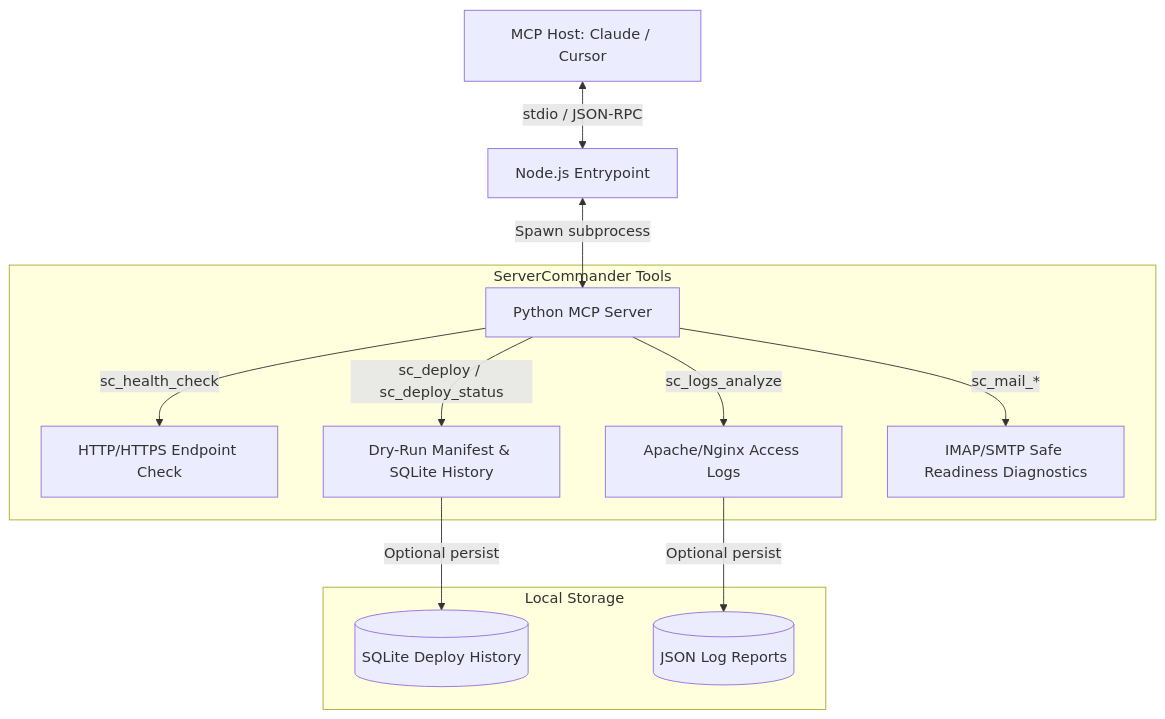
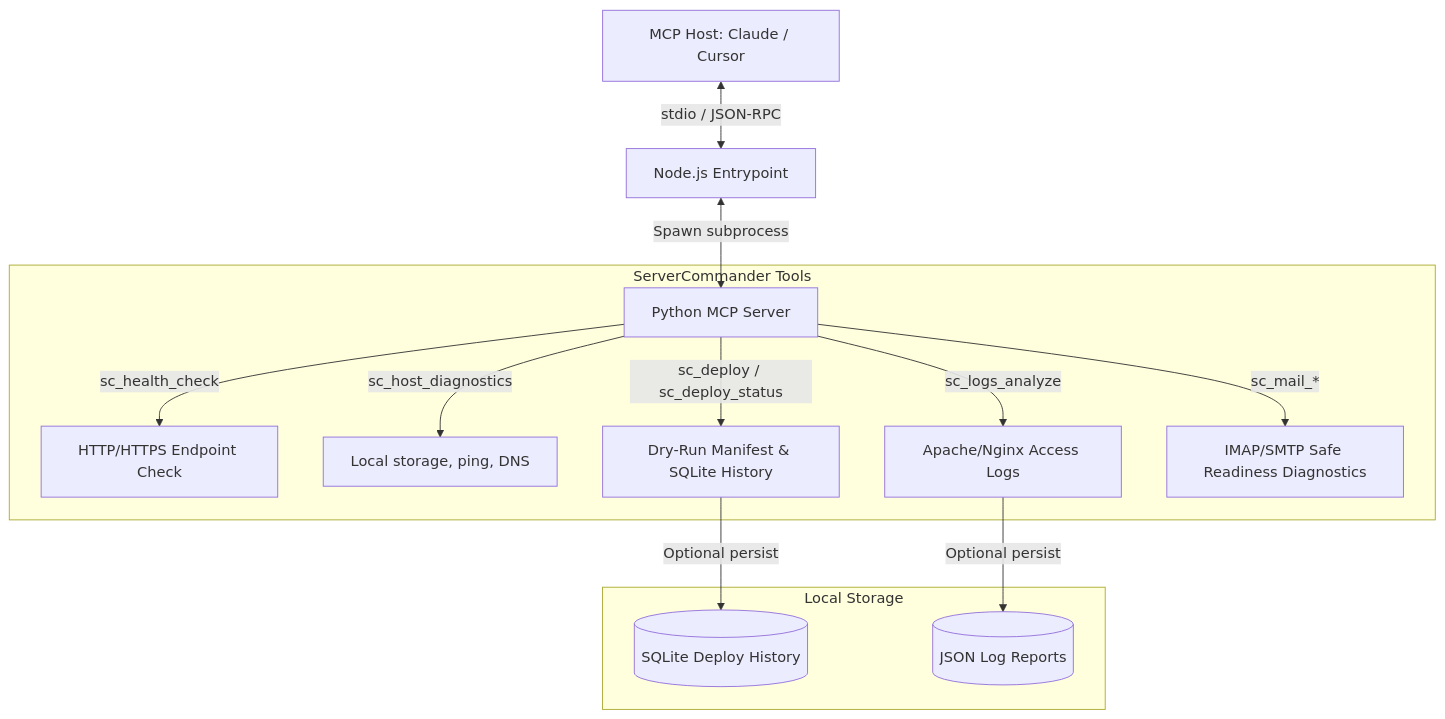
The diagram in README.md (ellmos-ai/ellmos-servercommander-mcp), drawn with Mermaid before and after one commit. The commit also changed other lines of this file and 12 other files, not shown here.

Commit message:
feat(health): add configuration-first host diagnostics

````diff
--- a/README.md
+++ b/README.md
@@ -26,17 +26,18 @@
 ```mermaid
 graph TD
     Client[MCP Host: Claude / Cursor] <-->|stdio / JSON-RPC| NodeWrapper[Node.js Entrypoint]
     NodeWrapper <-->|Spawn subprocess| PyServer[Python MCP Server]
     
     subgraph Tools [ServerCommander Tools]
         PyServer -->|sc_health_check| HTTP[HTTP/HTTPS Endpoint Check]
+        PyServer -->|sc_host_diagnostics| Host[Local storage, ping, DNS]
         PyServer -->|sc_logs_analyze| Logs[Apache/Nginx Access Logs]
         PyServer -->|sc_deploy / sc_deploy_status| Deploy[Dry-Run Manifest & SQLite History]
         PyServer -->|sc_mail_*| Mail[IMAP/SMTP Safe Readiness Diagnostics]
     end
     
     subgraph Storage [Local Storage]
         Deploy -->|Optional persist| SQLite[(SQLite Deploy History)]
         Logs -->|Optional persist| JSONReports[(JSON Log Reports)]
     end
 ```
````
